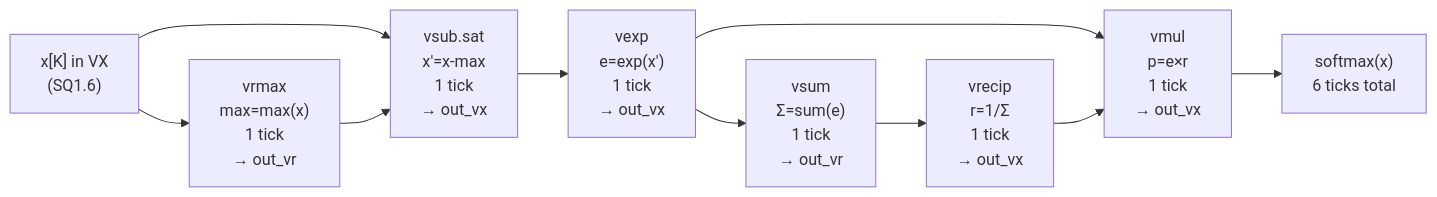
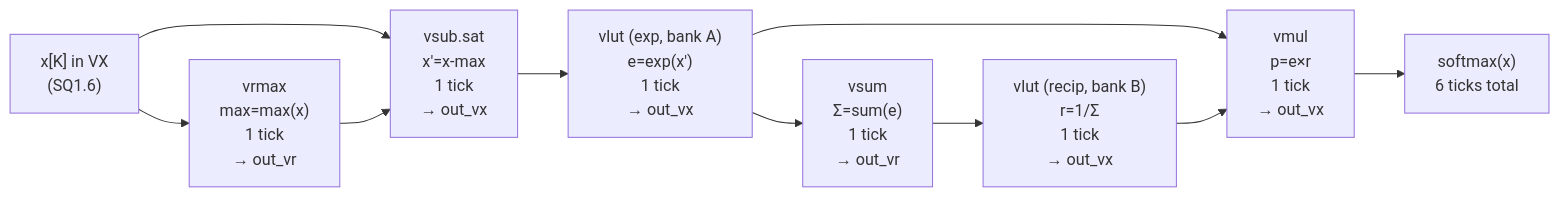
The second of 3 diagrams in docs/designs/01.isa.md (mpskex/chisel-npu), drawn with Mermaid before and after one commit. The commit also changed other lines of this file and 3 other files, not shown here.

````diff
--- a/docs/designs/01.isa.md
+++ b/docs/designs/01.isa.md
@@ -420,13 +448,13 @@
 ```mermaid
 flowchart LR
     X["x[K] in VX\n(SQ1.6)"]
     X --> A["vrmax\nmax=max(x)\n1 tick\n→ out_vr"]
     X --> B["vsub.sat\nx'=x-max\n1 tick\n→ out_vx"]
     A --> B
-    B --> C["vexp\ne=exp(x')\n1 tick\n→ out_vx"]
+    B --> C["vlut (exp, bank A)\ne=exp(x')\n1 tick\n→ out_vx"]
     C --> D["vsum\nΣ=sum(e)\n1 tick\n→ out_vr"]
-    D --> E["vrecip\nr=1/Σ\n1 tick\n→ out_vx"]
+    D --> E["vlut (recip, bank B)\nr=1/Σ\n1 tick\n→ out_vx"]
     C --> F["vmul\np=e×r\n1 tick\n→ out_vx"]
     E --> F
     F --> G["softmax(x)\n6 ticks total"]
 ```
````
